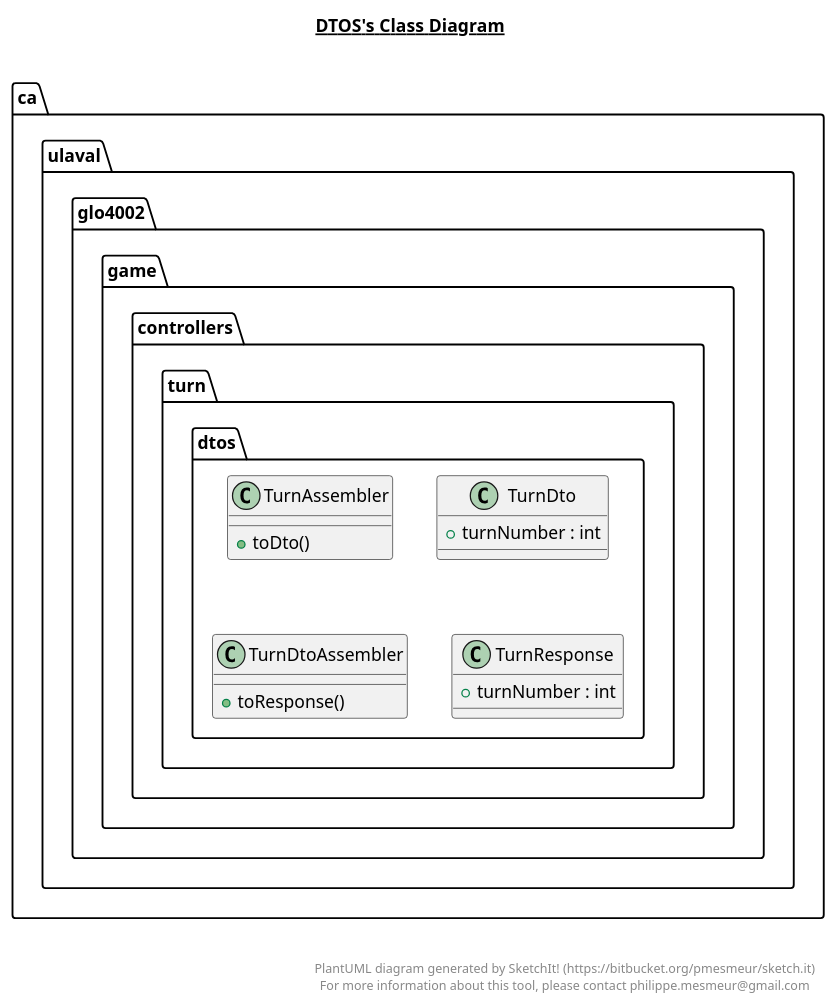
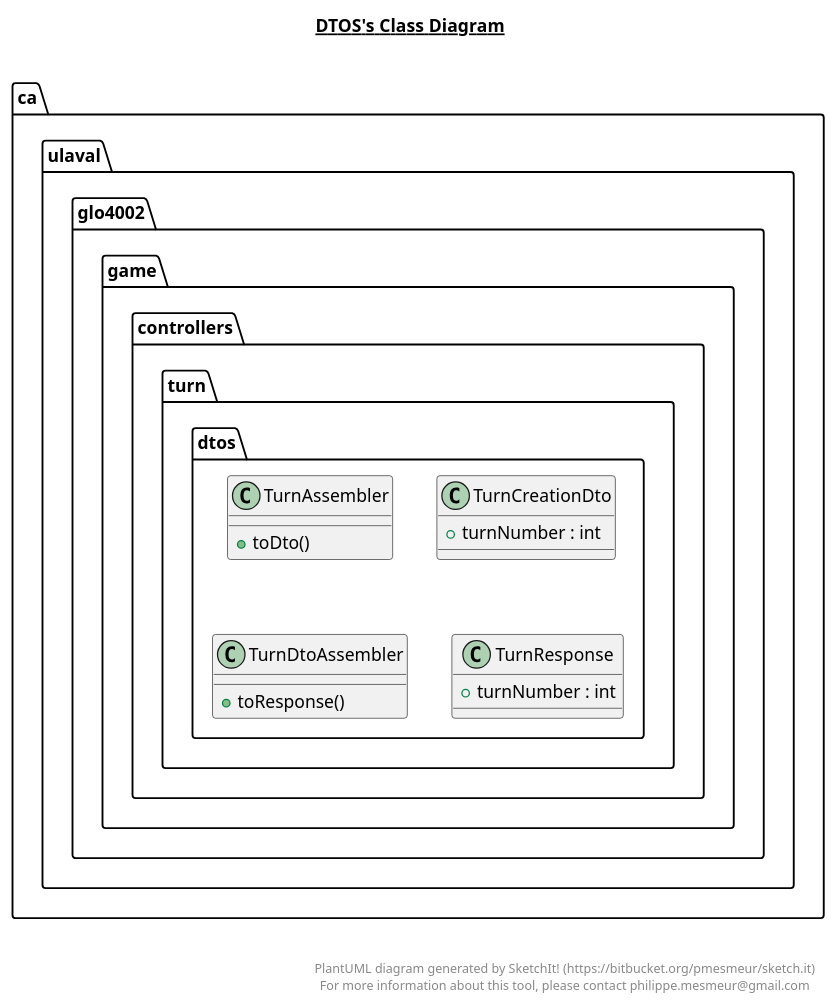
Before and after one commit to MALEC321/MEP7: the diagram in game-api/src/main/java/ca/ulaval/glo4002/game/controllers/turn/dtos/dtos.plantuml, drawn with PlantUML. The commit also changed 23 other files, not shown here.

Commit message:
refactor dto resource + turn

```diff
--- a/game-api/src/main/java/ca/ulaval/glo4002/game/controllers/turn/dtos/dtos.plantuml
+++ b/game-api/src/main/java/ca/ulaval/glo4002/game/controllers/turn/dtos/dtos.plantuml
@@ -1,58 +1,58 @@
 @startuml
 
 title __DTOS's Class Diagram__\n
 
     namespace ca.ulaval.glo4002.game {
       namespace controllers.turn {
         namespace dtos {
           class ca.ulaval.glo4002.game.controllers.turn.dtos.TurnAssembler {
               + toDto()
           }
         }
       }
     }
   
 
     namespace ca.ulaval.glo4002.game {
       namespace controllers.turn {
         namespace dtos {
-          class ca.ulaval.glo4002.game.controllers.turn.dtos.TurnDto {
+          class ca.ulaval.glo4002.game.controllers.turn.dtos.TurnCreationDto {
               + turnNumber : int
           }
         }
       }
     }
   
 
     namespace ca.ulaval.glo4002.game {
       namespace controllers.turn {
         namespace dtos {
           class ca.ulaval.glo4002.game.controllers.turn.dtos.TurnDtoAssembler {
               + toResponse()
           }
         }
       }
     }
   
 
     namespace ca.ulaval.glo4002.game {
       namespace controllers.turn {
         namespace dtos {
           class ca.ulaval.glo4002.game.controllers.turn.dtos.TurnResponse {
               + turnNumber : int
           }
         }
       }
     }
   
 
 
 
 right footer
 
 
 PlantUML diagram generated by SketchIt! (https://bitbucket.org/pmesmeur/sketch.it)
 For more information about this tool, please contact philippe.mesmeur@gmail.com
 endfooter
 
 @enduml
```
